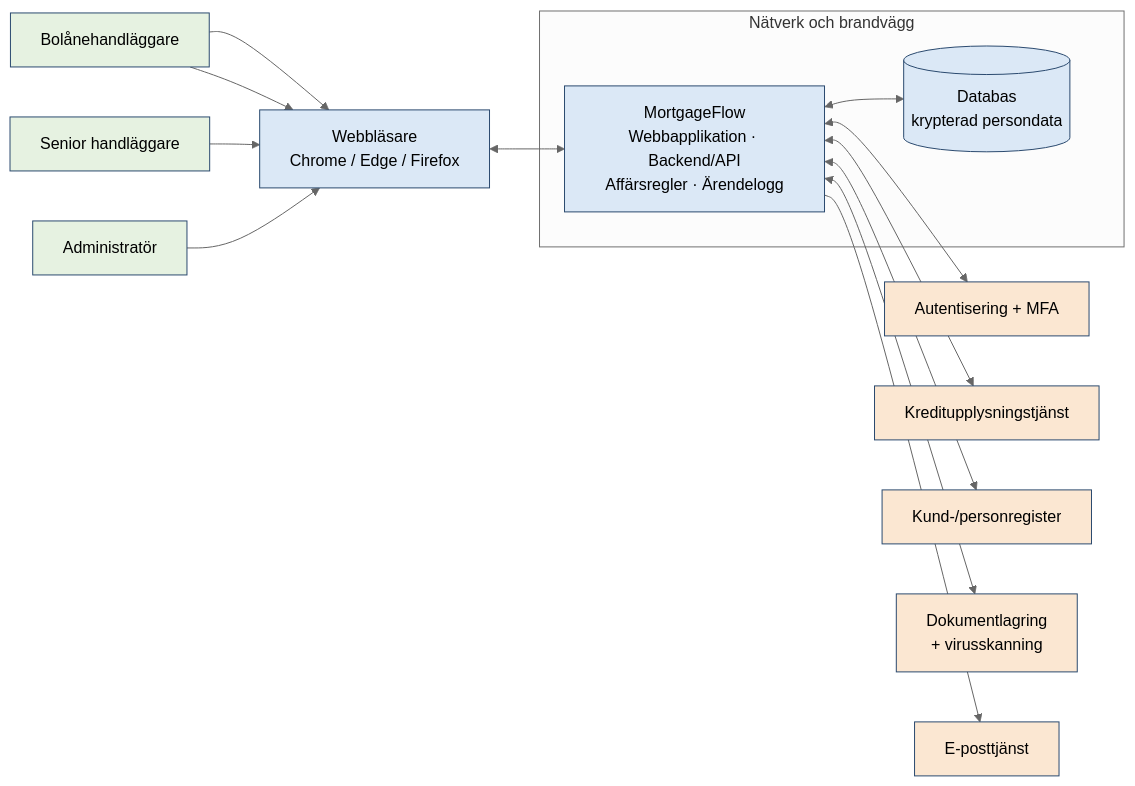
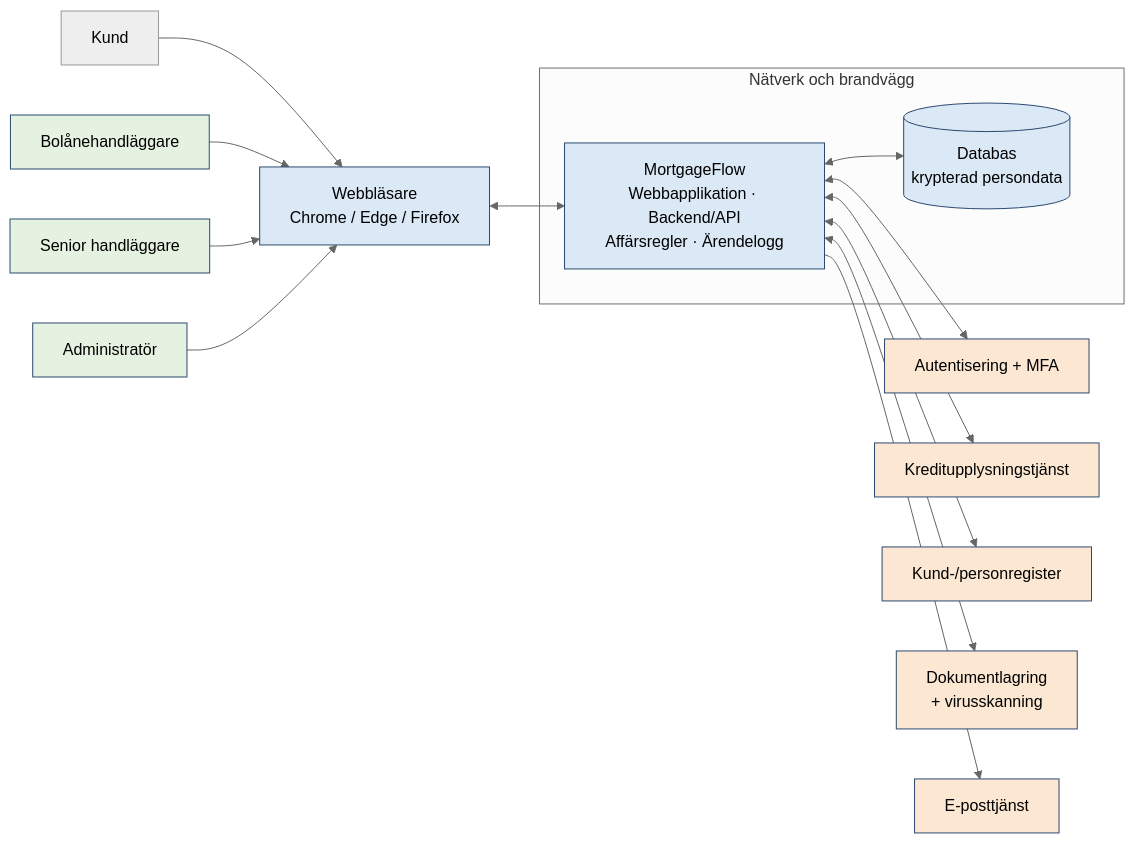
The diagram in mortag-flow/teststrategi.md (WoodyViking/NordicShop), drawn with Mermaid (neutral theme) before and after one commit.

Commit message:
Fix customer label in flowchart diagram

````diff
--- a/mortag-flow/teststrategi.md
+++ b/mortag-flow/teststrategi.md
@@ -271,27 +271,27 @@
 ```mermaid
 flowchart LR
-    H[Kund] --> B
+    K[Kund] --> B
     H[Bolånehandläggare] --> B
     S[Senior handläggare] --> B
     A[Administratör] --> B
     B["Webbläsare<br/>Chrome / Edge / Firefox"] <--> MF
 
     subgraph NB["Nätverk och brandvägg"]
         MF["MortgageFlow<br/>Webbapplikation · Backend/API<br/>Affärsregler · Ärendelogg"]
         DB[("Databas<br/>krypterad persondata")]
         MF <--> DB
     end
 
     MF <--> MFA["Autentisering + MFA"]
     MF <--> KU["Kreditupplysningstjänst"]
     MF <--> KR["Kund-/personregister"]
     MF <--> DOK["Dokumentlagring<br/>+ virusskanning"]
     MF --> EP["E-posttjänst"]
 
     classDef own fill:#dbe8f6,stroke:#2b4a6f;
     classDef ext fill:#fbe7d2,stroke:#2b4a6f;
     classDef usr fill:#e6f2e1,stroke:#2b4a6f;
     class MF,DB,B own;
     class MFA,KU,KR,DOK,EP ext;
     class H,S,A usr;
 ```
````
